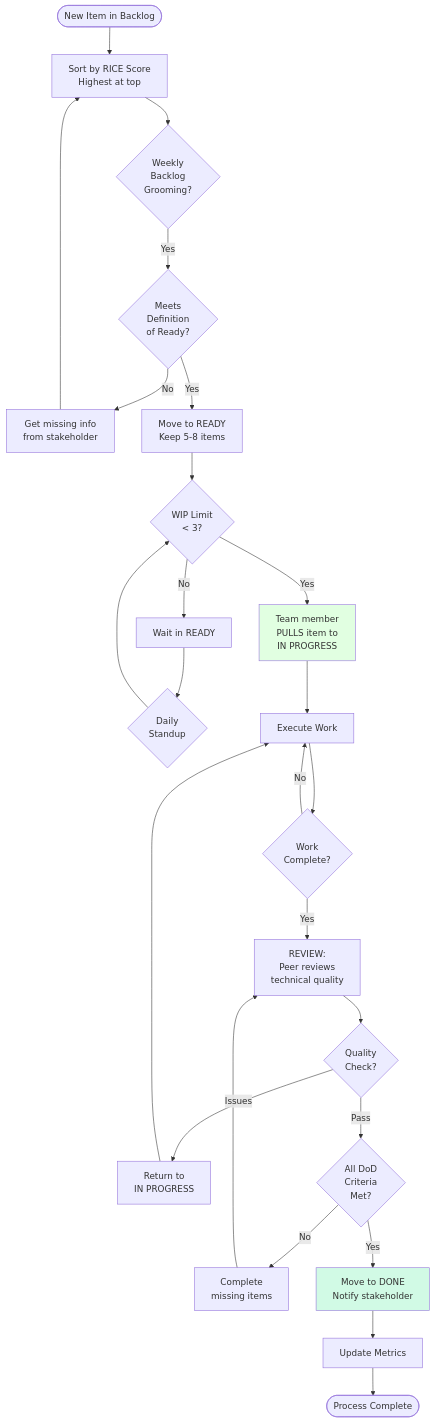
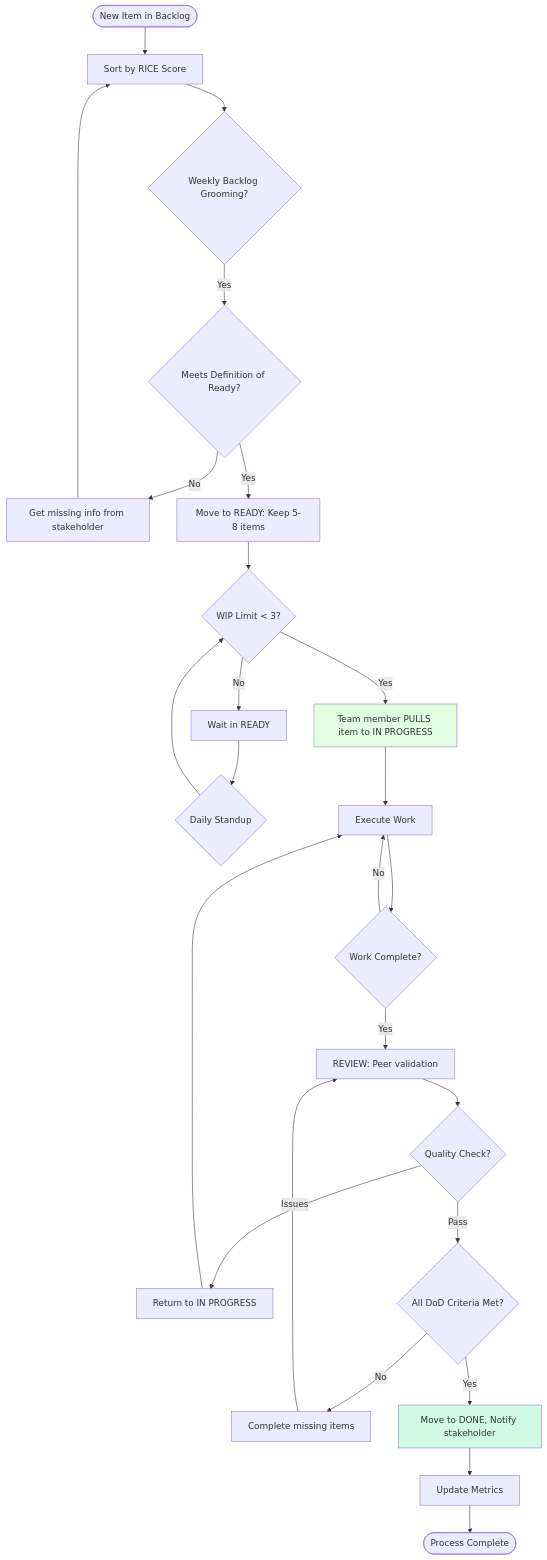
Before and after one commit to Nebiath/Architecture-design-documentation: the fifth of 10 diagrams in docs/ejemplo/01-global/demand-management/diagrams/demand-management-diagrams.md, drawn with Mermaid. The commit also changed other lines of this file, not shown here.

Commit message:
Mermaid rendering inconsistencies.

````diff
--- a/docs/ejemplo/01-global/demand-management/diagrams/demand-management-diagrams.md
+++ b/docs/ejemplo/01-global/demand-management/diagrams/demand-management-diagrams.md
@@ -244,48 +245,48 @@
 ```mermaid
 graph TD
-    Start([New Item in Backlog]) --> Sort[Sort by RICE Score<br/>Highest at top]
+    Start([New Item in Backlog]) --> Sort[Sort by RICE Score]
 
-    Sort --> Groom{Weekly<br/>Backlog<br/>Grooming?}
+    Sort --> Groom{Weekly Backlog Grooming?}
 
-    Groom -->|Yes| Ready{Meets<br/>Definition<br/>of Ready?}
+    Groom -->|Yes| Ready{Meets Definition of Ready?}
 
-    Ready -->|No| Clarify[Get missing info<br/>from stakeholder]
+    Ready -->|No| Clarify[Get missing info from stakeholder]
     Clarify --> Sort
 
-    Ready -->|Yes| Move[Move to READY<br/>Keep 5-8 items]
+    Ready -->|Yes| Move[Move to READY: Keep 5-8 items]
 
-    Move --> WIP{WIP Limit<br/>< 3?}
+    Move --> WIP{WIP Limit < 3?}
 
     WIP -->|No| Wait[Wait in READY]
-    Wait --> Daily{Daily<br/>Standup}
+    Wait --> Daily{Daily Standup}
     Daily --> WIP
 
-    WIP -->|Yes| Pull[Team member<br/>PULLS item to<br/>IN PROGRESS]
+    WIP -->|Yes| Pull[Team member PULLS item to IN PROGRESS]
 
     Pull --> Work[Execute Work]
 
-    Work --> Complete{Work<br/>Complete?}
+    Work --> Complete{Work Complete?}
 
     Complete -->|No| Work
 
-    Complete -->|Yes| PeerReview[REVIEW:<br/>Peer reviews<br/>technical quality]
+    Complete -->|Yes| PeerReview[REVIEW: Peer validation]
 
-    PeerReview --> QA{Quality<br/>Check?}
+    PeerReview --> QA{Quality Check?}
 
-    QA -->|Issues| Fix[Return to<br/>IN PROGRESS]
+    QA -->|Issues| Fix[Return to IN PROGRESS]
     Fix --> Work
 
-    QA -->|Pass| DoD{All DoD<br/>Criteria<br/>Met?}
+    QA -->|Pass| DoD{All DoD Criteria Met?}
 
-    DoD -->|No| MissingItems[Complete<br/>missing items]
+    DoD -->|No| MissingItems[Complete missing items]
     MissingItems --> PeerReview
 
-    DoD -->|Yes| Done[Move to DONE<br/>Notify stakeholder]
+    DoD -->|Yes| Done[Move to DONE, Notify stakeholder]
 
     Done --> Metrics[Update Metrics]
 
     Metrics --> End([Process Complete])
 
     style Pull fill:#e1ffe1
     style Done fill:#d1fae5
 ```
````
